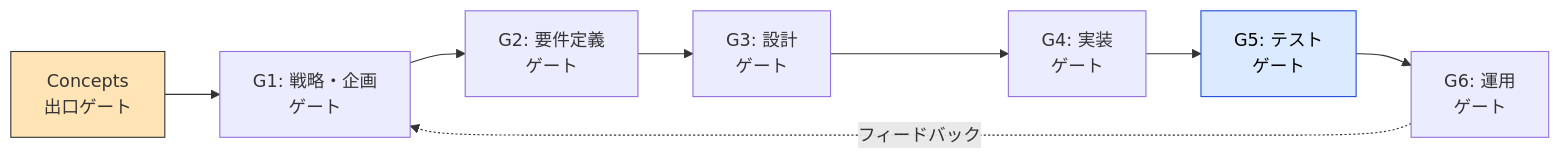
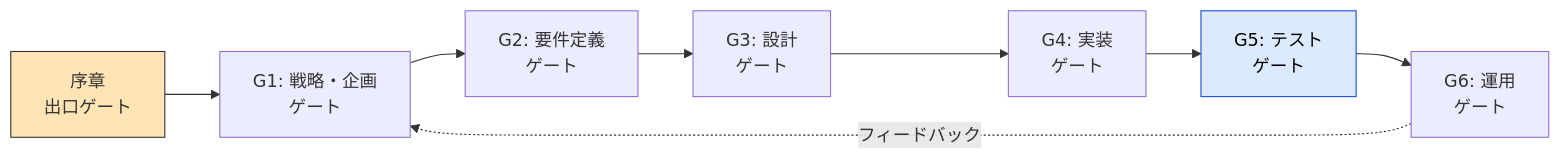
Before and after one commit to shuji-bonji/ai-agent-architecture: the sixth of 6 diagrams in docs/ja/workflows/development-phases.md, drawn with Mermaid. The commit also changed other lines of this file and 38 other files, not shown here.

````diff
--- a/docs/ja/workflows/development-phases.md
+++ b/docs/ja/workflows/development-phases.md
@@ -325,16 +325,16 @@
 ```mermaid
 flowchart LR
-    G0["Concepts<br/>出口ゲート"]
+    G0["序章<br/>出口ゲート"]
     G1["G1: 戦略・企画<br/>ゲート"]
     G2["G2: 要件定義<br/>ゲート"]
     G3["G3: 設計<br/>ゲート"]
     G4["G4: 実装<br/>ゲート"]
     G5["G5: テスト<br/>ゲート"]
     G6["G6: 運用<br/>ゲート"]
 
     G0 --> G1 --> G2 --> G3 --> G4 --> G5 --> G6
     G6 -.->|フィードバック| G1
 
     style G0 fill:#FFE4B5,color:#333,stroke:#333
     style G5 fill:#dbeafe,stroke:#1d4ed8,color:#000
 ```
````
